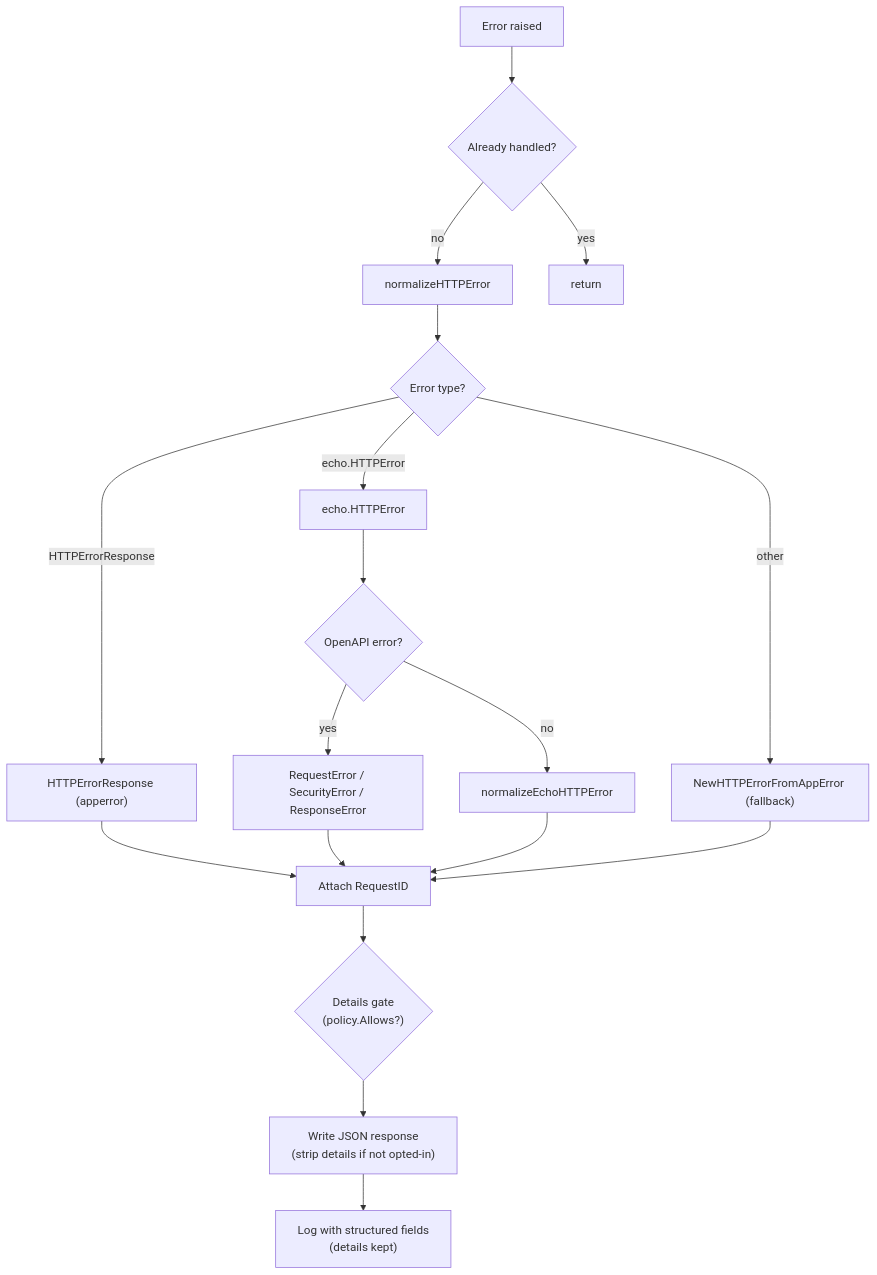
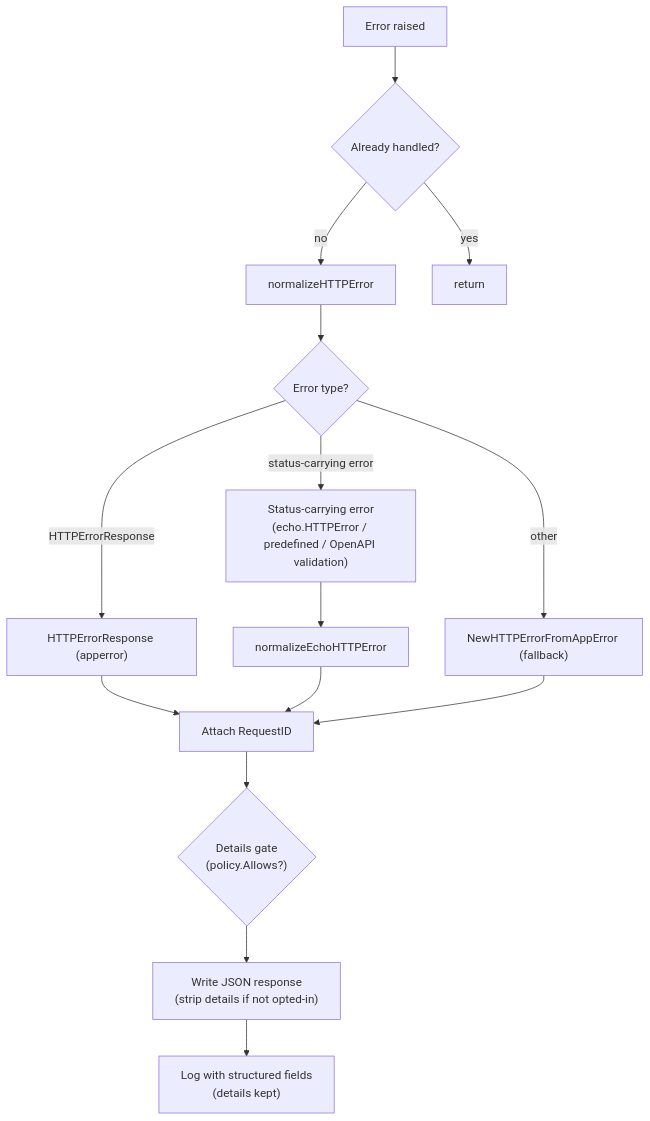
The diagram in internal/controller/httpstack/errorhandler/README.md (Tomy-ch/go-boilerplate), drawn with Mermaid before and after one commit. The commit also changed other lines of this file and 19 other files, not shown here.

First line of the commit message:
Refactor: OpenAPI バリデーションを echo-v5-middleware へ載せ替える

````diff
--- a/internal/controller/httpstack/errorhandler/README.md
+++ b/internal/controller/httpstack/errorhandler/README.md
@@ -9,28 +9,24 @@
 ```mermaid
 flowchart TB
     Error["Error raised"]
     Guard{"Already handled?"}
     Normalize["normalizeHTTPError"]
     TypeCheck{"Error type?"}
     AppErr["HTTPErrorResponse (apperror)"]
-    EchoErr["echo.HTTPError"]
-    OAPICheck{"OpenAPI error?"}
-    OAPIErr["RequestError / SecurityError / ResponseError"]
+    EchoErr["Status-carrying error<br/>(echo.HTTPError / predefined / OpenAPI validation)"]
     EchoNorm["normalizeEchoHTTPError"]
     Fallback["NewHTTPErrorFromAppError (fallback)"]
     AddReqID["Attach RequestID"]
     Gate{"Details gate<br/>(policy.Allows?)"}
     Write["Write JSON response<br/>(strip details if not opted-in)"]
     Log["Log with structured fields<br/>(details kept)"]
 
     Error --> Guard
     Guard -- yes --> return
     Guard -- no --> Normalize
     Normalize --> TypeCheck
     TypeCheck -- HTTPErrorResponse --> AppErr --> AddReqID
-    TypeCheck -- echo.HTTPError --> EchoErr --> OAPICheck
-    OAPICheck -- yes --> OAPIErr --> AddReqID
-    OAPICheck -- no --> EchoNorm --> AddReqID
+    TypeCheck -- status-carrying error --> EchoErr --> EchoNorm --> AddReqID
     TypeCheck -- other --> Fallback --> AddReqID
     AddReqID --> Gate --> Write --> Log
 ```
````
